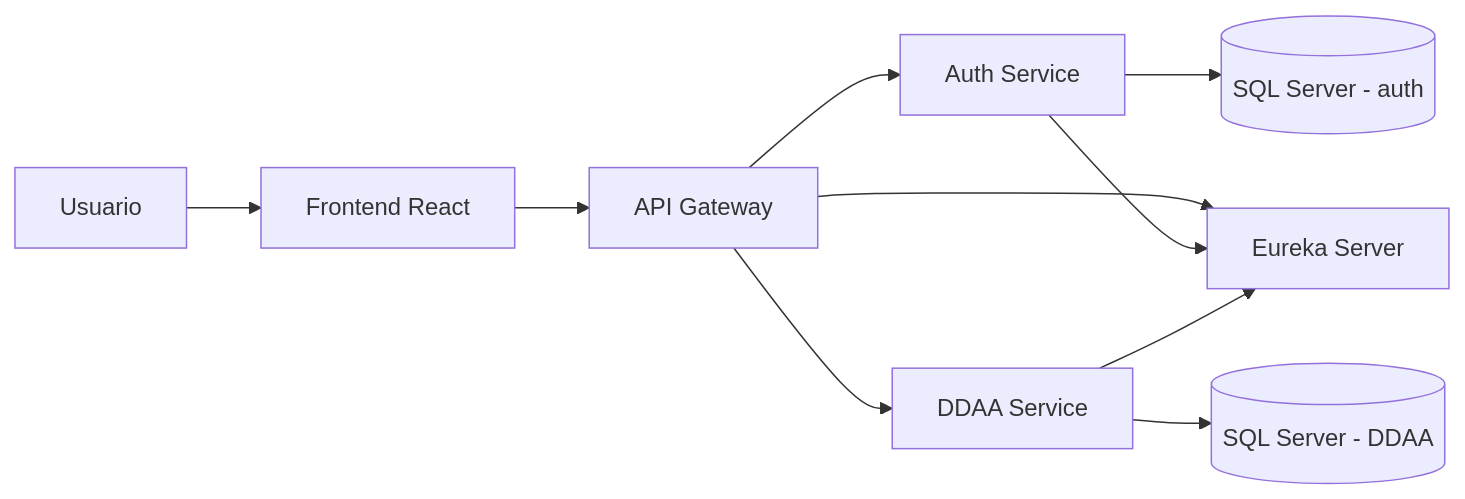
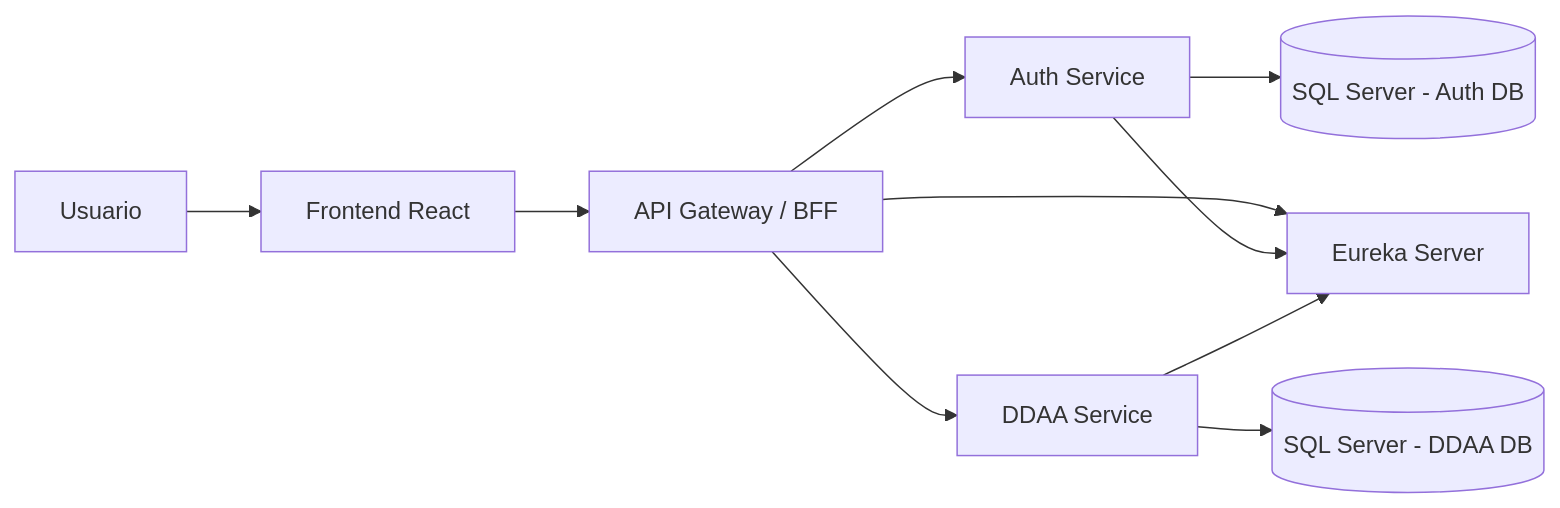
Before and after one commit to flecaros84/ddaa_platform: the diagram in readme.md, drawn with Mermaid. The commit also changed other lines of this file and 28 other files, not shown here.

````diff
--- a/readme.md
+++ b/readme.md
@@ -75,15 +169,15 @@
 ```mermaid
 flowchart LR
     U[Usuario] --> FE[Frontend React]
-    FE --> GW[API Gateway]
+    FE --> GW[API Gateway / BFF]
 
     GW --> AUTH[Auth Service]
     GW --> DDAA[DDAA Service]
 
-    AUTH --> AUTHDB[(SQL Server - auth)]
-    DDAA --> DDAADB[(SQL Server - DDAA)]
+    AUTH --> AUTHDB[(SQL Server - Auth DB)]
+    DDAA --> DDAADB[(SQL Server - DDAA DB)]
 
     GW --> EUREKA[Eureka Server]
     AUTH --> EUREKA
     DDAA --> EUREKA
 ```
````
